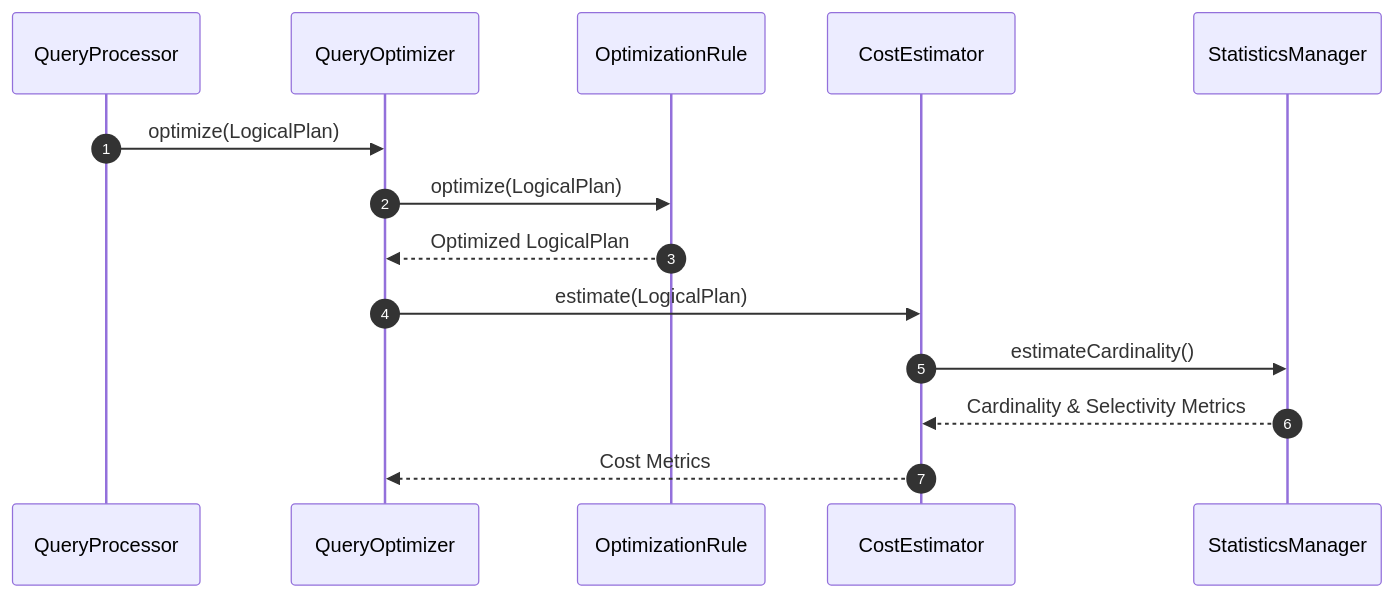
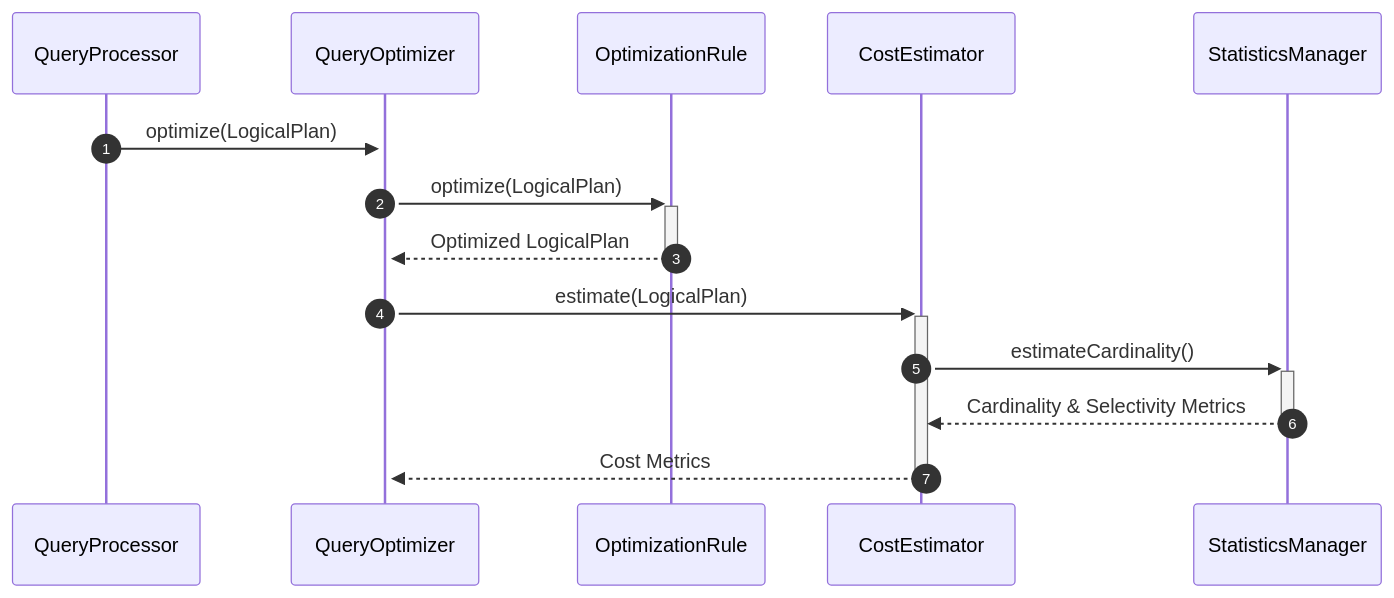
Before and after one commit to Dikhang1112/Database_Management_BBV: diagram 11 of 13 in docs/design_patterns/query_processor/Sequece.md, drawn with Mermaid. The commit also changed other lines of this file and 12 other files, not shown here.

Commit message:
Refactor sequece diagram

````diff
--- a/docs/design_patterns/query_processor/Sequece.md
+++ b/docs/design_patterns/query_processor/Sequece.md
@@ -324,17 +324,17 @@
 ```mermaid
 sequenceDiagram
     autonumber
     participant QP as QueryProcessor
     participant Optimizer as QueryOptimizer
     participant Rule as OptimizationRule
     participant Cost as CostEstimator
     participant Stats as StatisticsManager
 
-    QP->>Optimizer: optimize(LogicalPlan)
-    Optimizer->>Rule: optimize(LogicalPlan)
-    Rule-->>Optimizer: Optimized LogicalPlan
-    Optimizer->>Cost: estimate(LogicalPlan)
-    Cost->>Stats: estimateCardinality()
-    Stats-->>Cost: Cardinality & Selectivity Metrics
-    Cost-->>Optimizer: Cost Metrics
+    QP->>+Optimizer: optimize(LogicalPlan)
+    Optimizer->>+Rule: optimize(LogicalPlan)
+    Rule-->>-Optimizer: Optimized LogicalPlan
+    Optimizer->>+Cost: estimate(LogicalPlan)
+    Cost->>+Stats: estimateCardinality()
+    Stats-->>-Cost: Cardinality & Selectivity Metrics
+    Cost-->>-Optimizer: Cost Metrics
 ```
````
